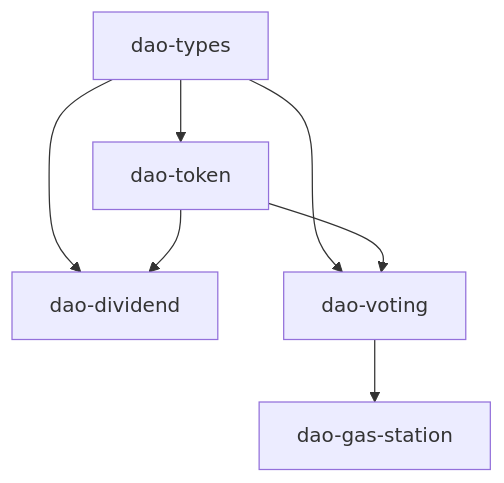
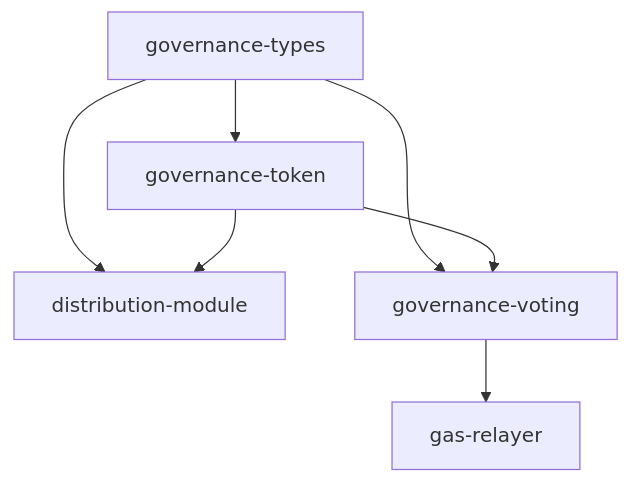
The first of 2 diagrams in skills/mermaid-diagrams/SKILL.md (Pact-Community-Organization/pact-kit), drawn with Mermaid before and after one commit. The commit also changed other lines of this file and 26 other files, not shown here.

````diff
--- a/skills/mermaid-diagrams/SKILL.md
+++ b/skills/mermaid-diagrams/SKILL.md
@@ -23,9 +23,9 @@
 ```mermaid
 flowchart TD
-    types[dao-types] --> token[dao-token]
-    types --> dividend[dao-dividend]
-    types --> voting[dao-voting]
+    types[governance-types] --> token[governance-token]
+    types --> dividend[distribution-module]
+    types --> voting[governance-voting]
     token --> dividend
     token --> voting
-    voting --> gas[dao-gas-station]
+    voting --> gas[gas-relayer]
 ```
````
